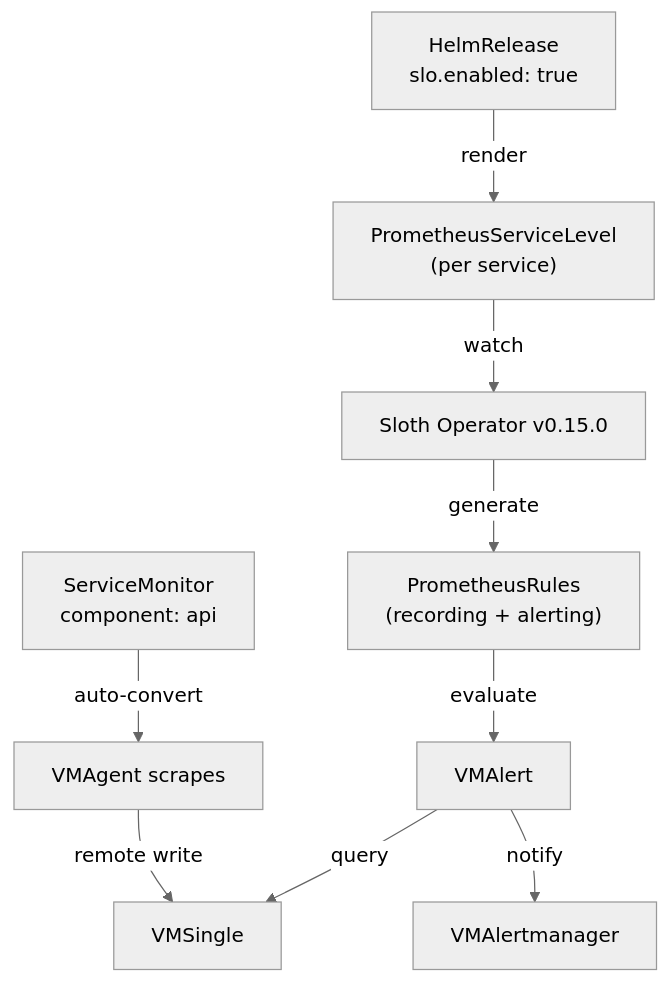
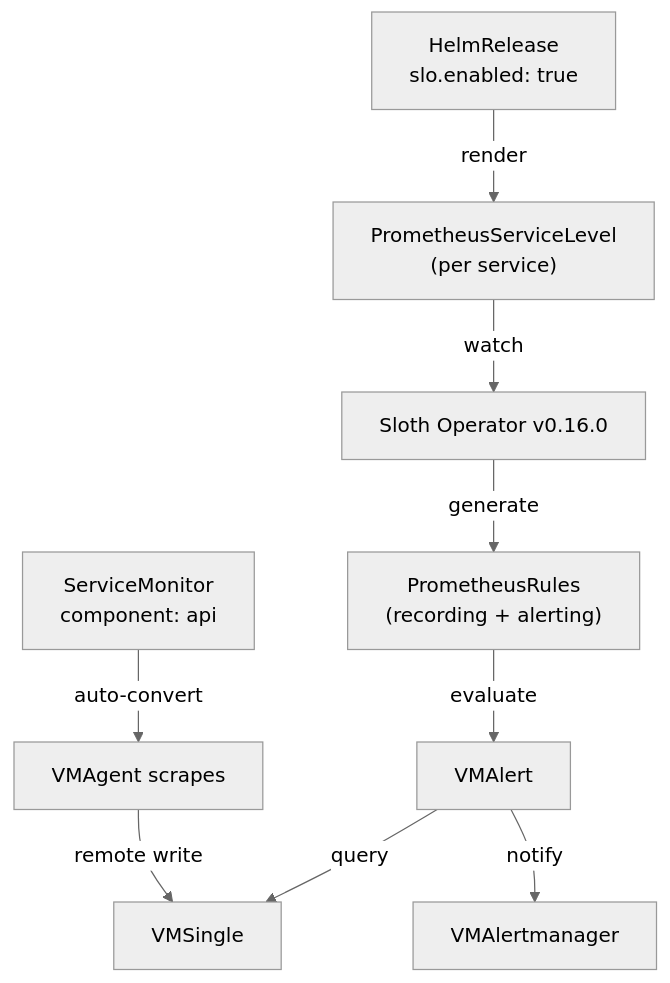
The fifth of 7 diagrams in docs/observability/runbooks/observability-deep-dive.md (duynhlab/homelab), drawn with Mermaid (neutral theme) before and after one commit. The commit also changed other lines of this file and 8 other files, not shown here.

````diff
--- a/docs/observability/runbooks/observability-deep-dive.md
+++ b/docs/observability/runbooks/observability-deep-dive.md
@@ -320,11 +320,11 @@
 ```mermaid
 flowchart TD
     HR["HelmRelease\nslo.enabled: true"] -->|render| PSL["PrometheusServiceLevel\n(per service)"]
-    PSL -->|watch| Sloth["Sloth Operator v0.15.0"]
+    PSL -->|watch| Sloth["Sloth Operator v0.16.0"]
     Sloth -->|generate| PR["PrometheusRules\n(recording + alerting)"]
     PR -->|evaluate| VMAlert["VMAlert"]
     VMAlert -->|query| VMSingle["VMSingle"]
     VMAlert -->|notify| VMAMgr["VMAlertmanager"]
     SM["ServiceMonitor\ncomponent: api"] -->|"auto-convert"| VMAgent["VMAgent scrapes"]
     VMAgent -->|"remote write"| VMSingle
 ```
````
